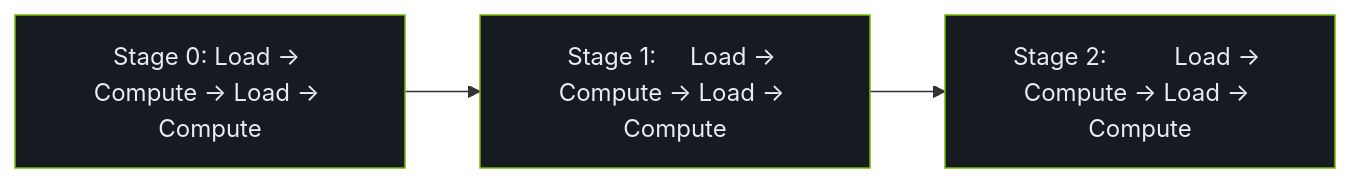
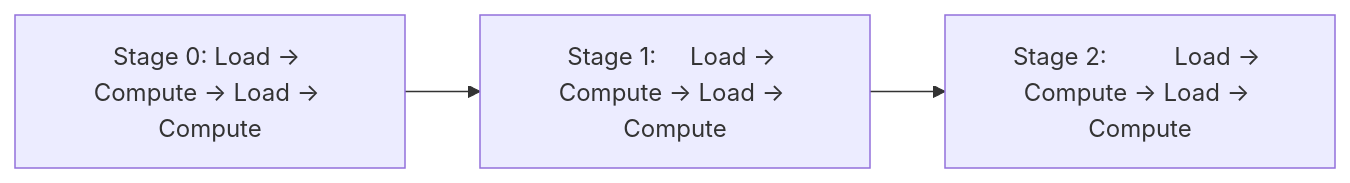
One commit to LessUp/cuda-kernel-academy changed the fifth of 5 diagrams in docs/zh/modules/03/gemm-optimization.md. Above: the diagram before and after it, drawn with Mermaid. The commit also changed other lines of this file and 45 other files, not shown here.

````diff
--- a/docs/zh/modules/03/gemm-optimization.md
+++ b/docs/zh/modules/03/gemm-optimization.md
@@ -387,9 +356,6 @@
 ```mermaid
 flowchart LR
     S0["Stage 0: Load → Compute → Load → Compute"] --> S1["Stage 1:     Load → Compute → Load → Compute"]
     S1 --> S2["Stage 2:          Load → Compute → Load → Compute"]
 
-    style S0 fill:#161b22,stroke:#76B900,color:#e6edf3
-    style S1 fill:#161b22,stroke:#76B900,color:#e6edf3
-    style S2 fill:#161b22,stroke:#76B900,color:#e6edf3
 ```
````
